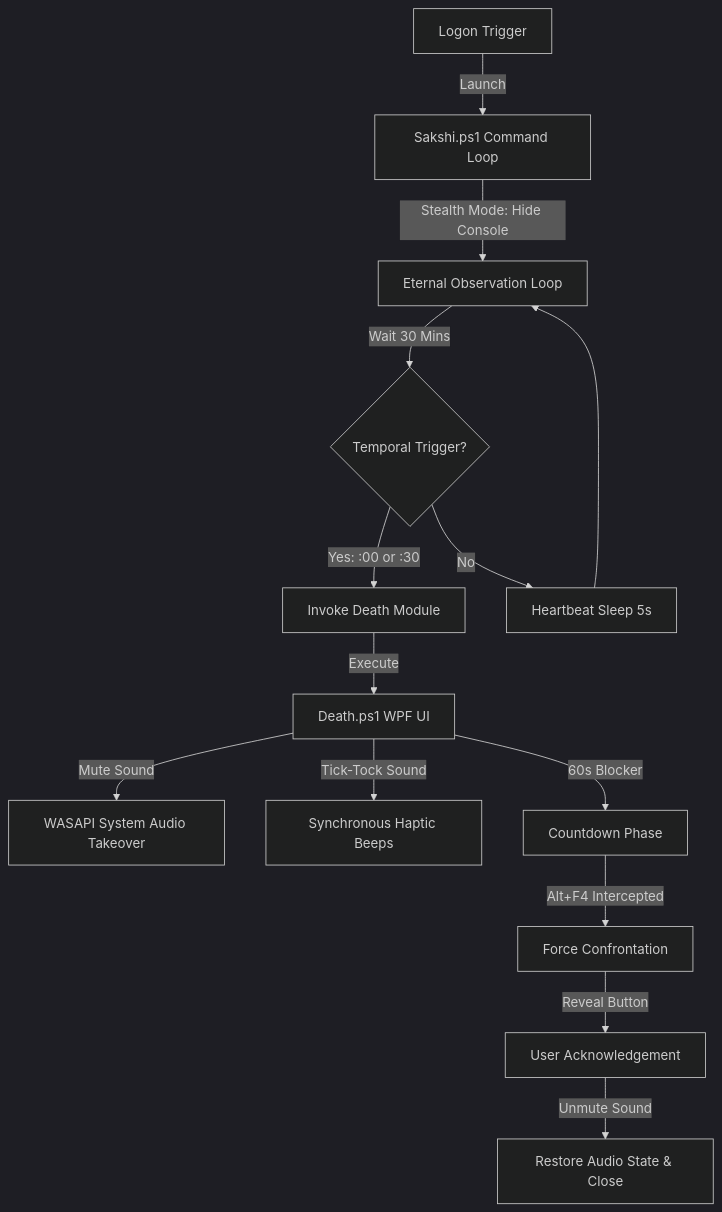
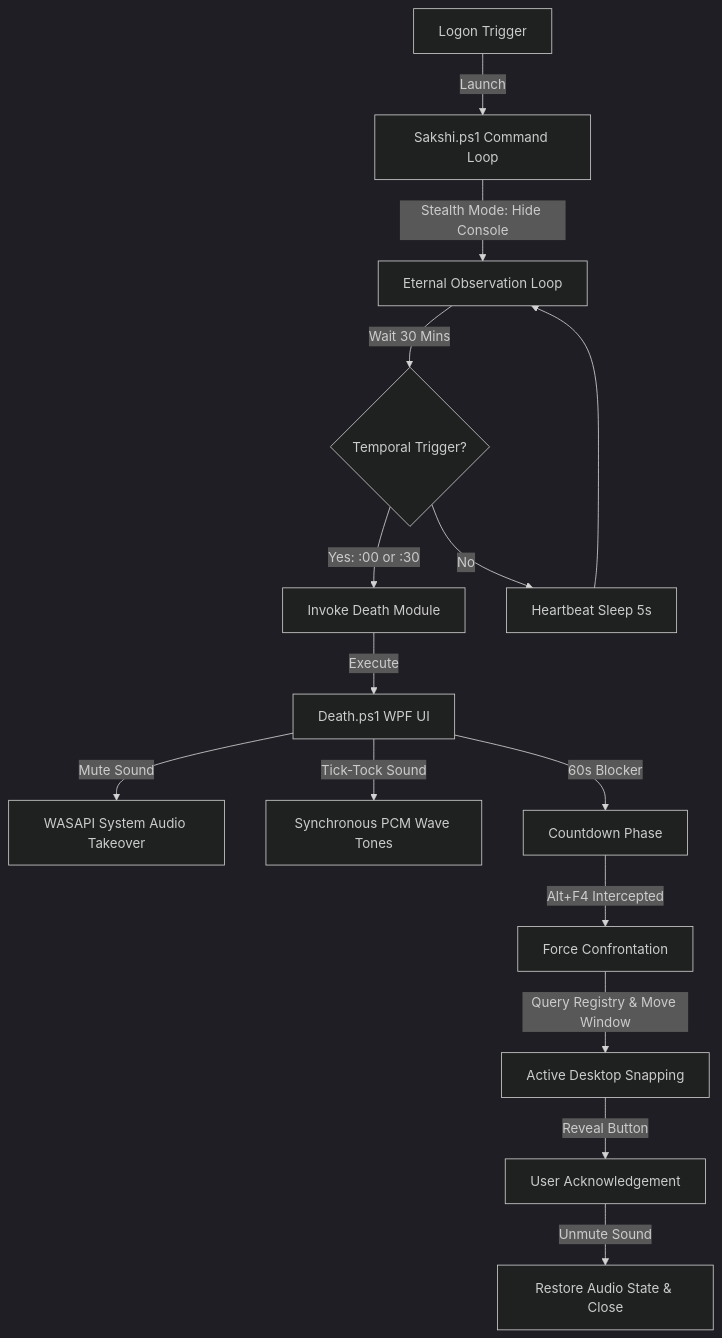
Before and after one commit to karansinghverma979/Sakshi: the diagram in README.md, drawn with Mermaid (dark theme). The commit also changed other lines of this file, not shown here.

Commit message:
docs: upgrade README.md with premium visuals, tech-stack tables, and detailed COM architecture explanations

````diff
--- a/README.md
+++ b/README.md
@@ -23,16 +22,17 @@
 ```mermaid
 graph TD
     A[Logon Trigger] -->|Launch| B[Sakshi.ps1 Command Loop]
     B -->|Stealth Mode: Hide Console| C[Eternal Observation Loop]
     C -->|Wait 30 Mins| D{Temporal Trigger?}
     D -->|Yes: :00 or :30| E[Invoke Death Module]
     D -->|No| F[Heartbeat Sleep 5s]
     F --> C
     E -->|Execute| G[Death.ps1 WPF UI]
     G -->|Mute Sound| H[WASAPI System Audio Takeover]
-    G -->|Tick-Tock Sound| I[Synchronous Haptic Beeps]
+    G -->|Tick-Tock Sound| I[Synchronous PCM Wave Tones]
     G -->|60s Blocker| J[Countdown Phase]
     J -->|Alt+F4 Intercepted| K[Force Confrontation]
-    K -->|Reveal Button| L[User Acknowledgement]
-    L -->|Unmute Sound| M[Restore Audio State & Close]
+    K -->|Query Registry & Move Window| L[Active Desktop Snapping]
+    L -->|Reveal Button| M[User Acknowledgement]
+    M -->|Unmute Sound| N[Restore Audio State & Close]
 ```
````
